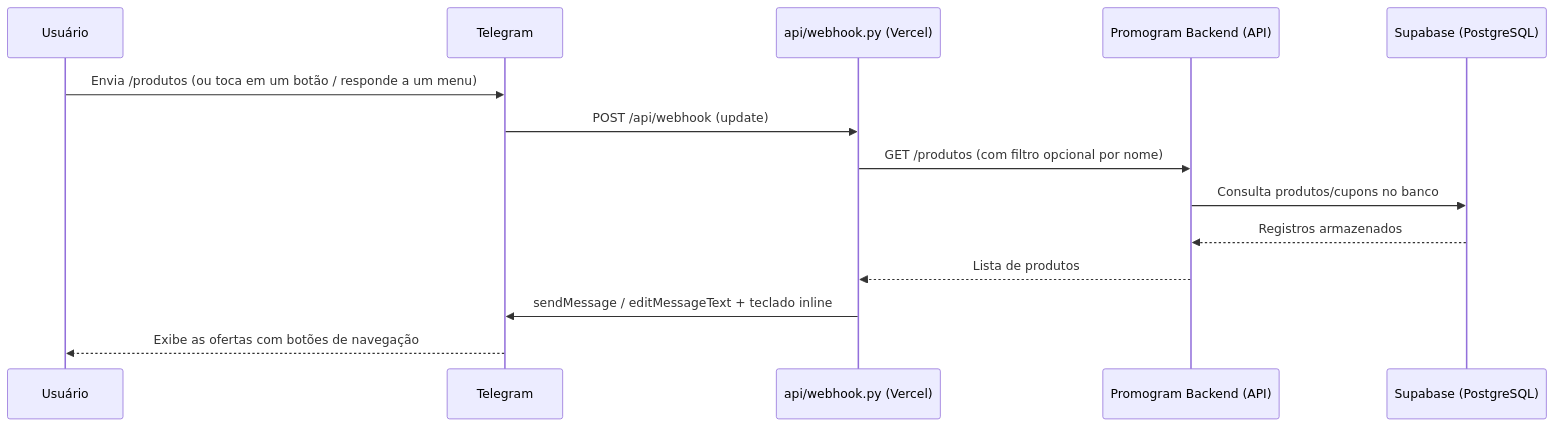
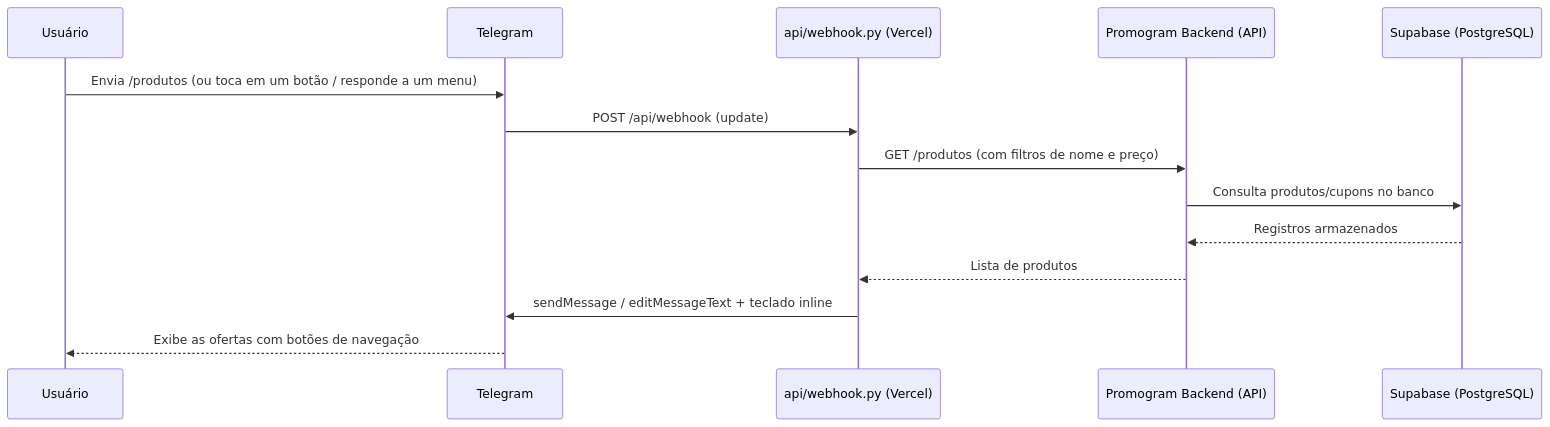
The diagram in README.md (Victor-Gabriel-Barbosa/promogram-frontend), drawn with Mermaid before and after one commit. The commit also changed other lines of this file, not shown here.

````diff
--- a/README.md
+++ b/README.md
@@ -50,17 +50,18 @@
 ```mermaid
 sequenceDiagram
     participant U as Usuário
     participant T as Telegram
     participant W as api/webhook.py (Vercel)
     participant A as Promogram Backend (API)
     participant S as Supabase (PostgreSQL)
 
     U->>T: Envia /produtos (ou toca em um botão / responde a um menu)
     T->>W: POST /api/webhook (update)
-    W->>A: GET /produtos (com filtro opcional por nome)
+    W->>A: GET /produtos (com filtros de nome e preço)
     A->>S: Consulta produtos/cupons no banco
     S-->>A: Registros armazenados
     A-->>W: Lista de produtos
     W->>T: sendMessage / editMessageText + teclado inline
     T-->>U: Exibe as ofertas com botões de navegação
+
 ```
````
